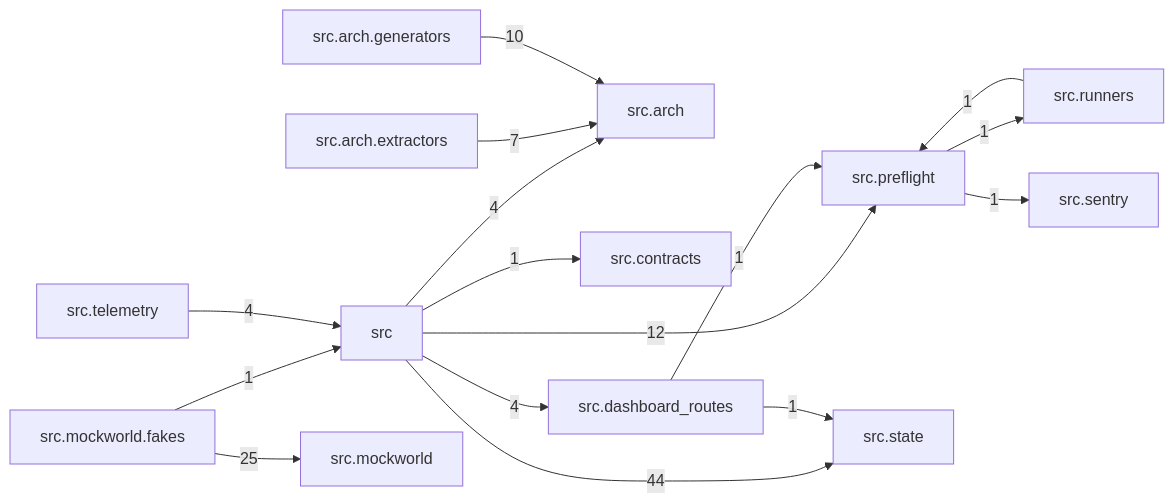
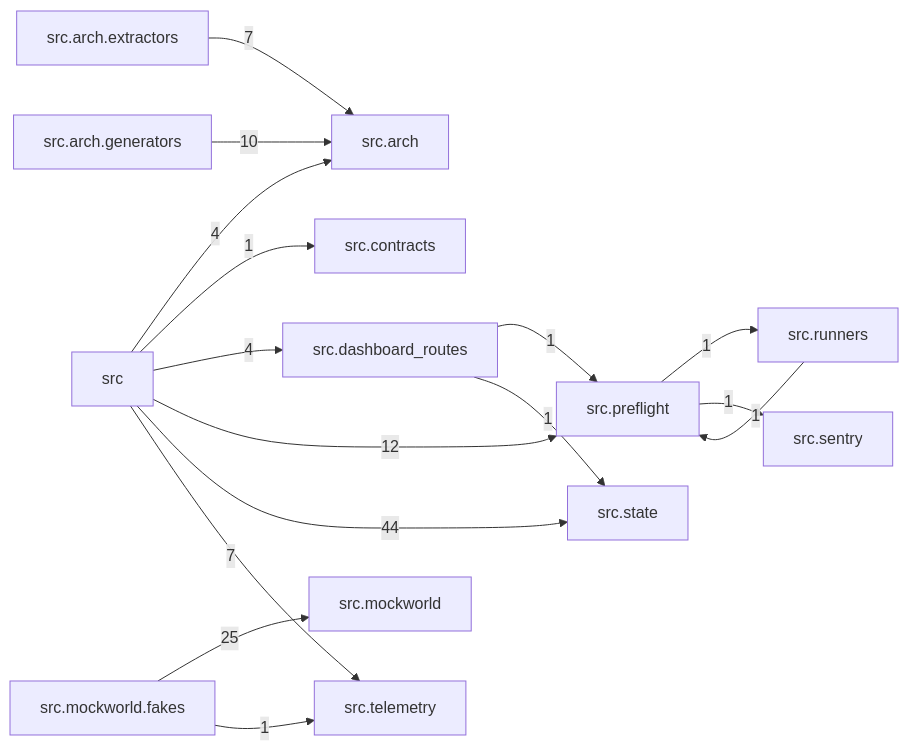
The diagram in docs/arch/generated/modules.md (T-rav/hyrdaflow), drawn with Mermaid before and after one commit. The commit also changed other lines of this file and 22 other files, not shown here.

````diff
--- a/docs/arch/generated/modules.md
+++ b/docs/arch/generated/modules.md
@@ -7,31 +7,31 @@
 ```mermaid
 graph LR
     src["src"]
     src_arch["src.arch"]
     src_arch_extractors["src.arch.extractors"]
     src_arch_generators["src.arch.generators"]
     src_contracts["src.contracts"]
     src_dashboard_routes["src.dashboard_routes"]
     src_mockworld["src.mockworld"]
     src_mockworld_fakes["src.mockworld.fakes"]
     src_preflight["src.preflight"]
     src_runners["src.runners"]
     src_sentry["src.sentry"]
     src_state["src.state"]
     src_telemetry["src.telemetry"]
     src -- "4" --> src_arch
     src -- "1" --> src_contracts
     src -- "4" --> src_dashboard_routes
     src -- "12" --> src_preflight
     src -- "44" --> src_state
+    src -- "7" --> src_telemetry
     src_arch_extractors -- "7" --> src_arch
     src_arch_generators -- "10" --> src_arch
     src_dashboard_routes -- "1" --> src_preflight
     src_dashboard_routes -- "1" --> src_state
-    src_mockworld_fakes -- "1" --> src
     src_mockworld_fakes -- "25" --> src_mockworld
+    src_mockworld_fakes -- "1" --> src_telemetry
     src_preflight -- "1" --> src_runners
     src_preflight -- "1" --> src_sentry
     src_runners -- "1" --> src_preflight
-    src_telemetry -- "4" --> src
 ```
````
